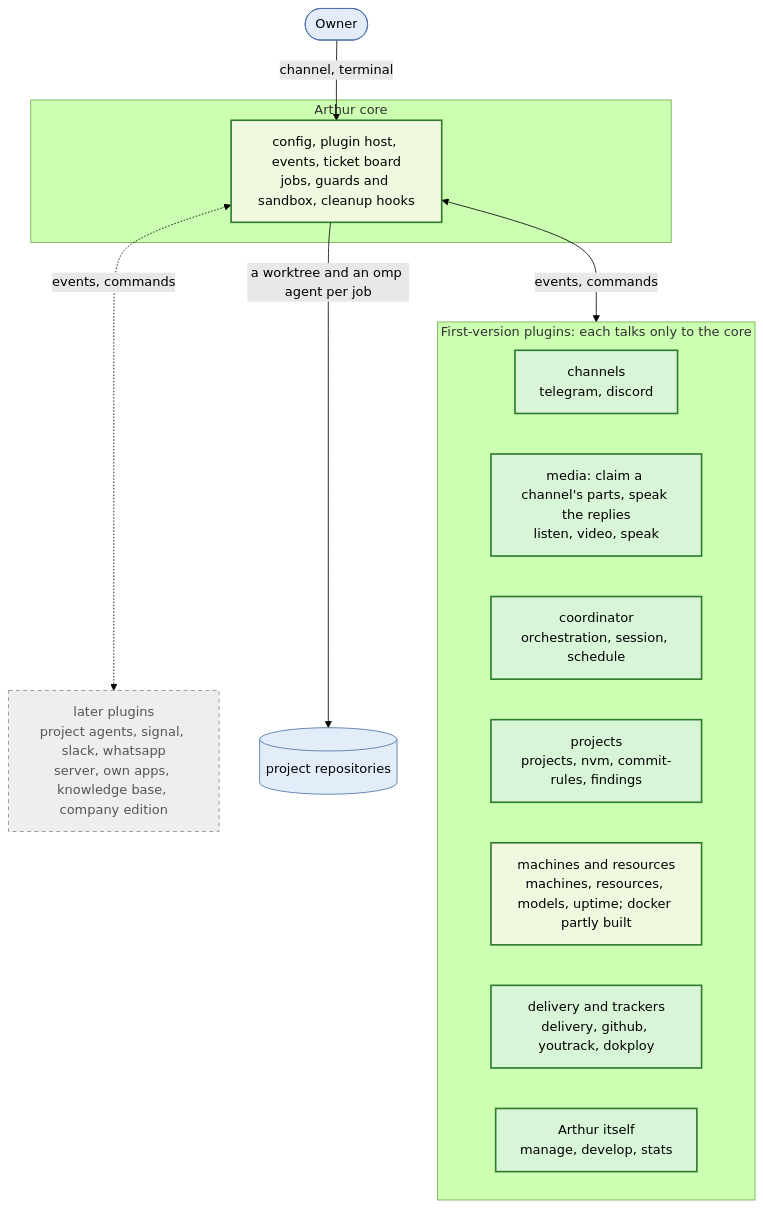
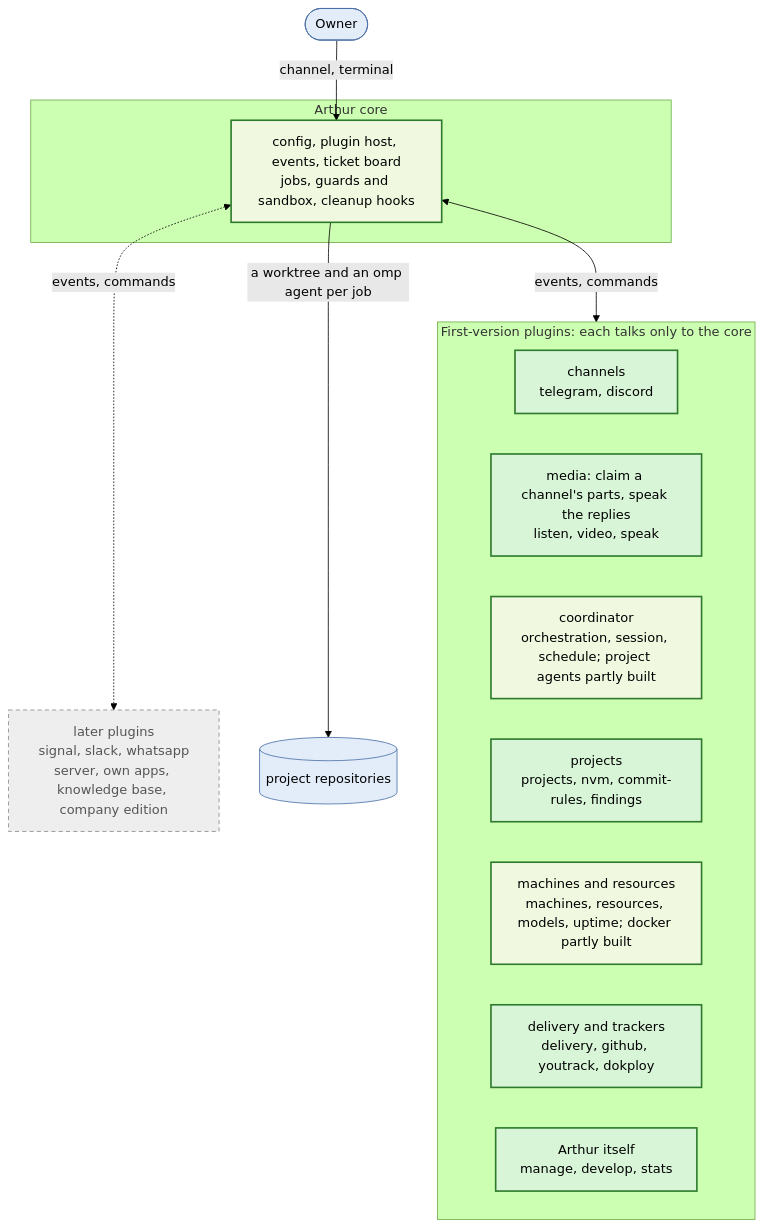
Before and after one commit to kacperadler/arthur: the diagram in README.md, drawn with Mermaid (forest theme). The commit also changed 2 other files, not shown here.

Commit message:
docs(AR0705): the diagrams show project agents partly built

````diff
--- a/README.md
+++ b/README.md
@@ -62,28 +62,28 @@
 ```mermaid
 flowchart TD
   owner([Owner]) -->|channel, terminal| core
   subgraph CORE[Arthur core]
     core[config, plugin host, events, ticket board<br/>jobs, guards and sandbox, cleanup hooks]
   end
   subgraph FIRST[First-version plugins: each talks only to the core]
     chan[channels<br/>telegram, discord]
     media[media: claim a channel's parts, speak the replies<br/>listen, video, speak]
-    coord[coordinator<br/>orchestration, session, schedule]
+    coord[coordinator<br/>orchestration, session, schedule; project agents partly built]
     proj[projects<br/>projects, nvm, commit-rules, findings]
     res[machines and resources<br/>machines, resources, models, uptime; docker partly built]
     deliv[delivery and trackers<br/>delivery, github, youtrack, dokploy]
     self[Arthur itself<br/>manage, develop, stats]
   end
-  later[later plugins<br/>project agents, signal, slack, whatsapp<br/>server, own apps, knowledge base, company edition]
+  later[later plugins<br/>signal, slack, whatsapp<br/>server, own apps, knowledge base, company edition]
   core <-->|events, commands| FIRST
   core <-.->|events, commands| later
   core -->|a worktree and an omp agent per job| repos[(project repositories)]
   classDef built fill:#d8f5d8,stroke:#2d7a2d,stroke-width:2px,color:#000;
   classDef partial fill:#f0f9e0,stroke:#2d7a2d,stroke-width:2px,color:#000;
   classDef planned fill:#eee,stroke:#888,stroke-dasharray:5 4,color:#555;
   classDef outside fill:#e3edfa,stroke:#4a6fa5,color:#000;
-  class coord,proj,self,media,chan,deliv built;
-  class core,res partial;
+  class proj,self,media,chan,deliv built;
+  class core,res,coord partial;
   class later planned;
   class owner,repos outside;
 ```
````
